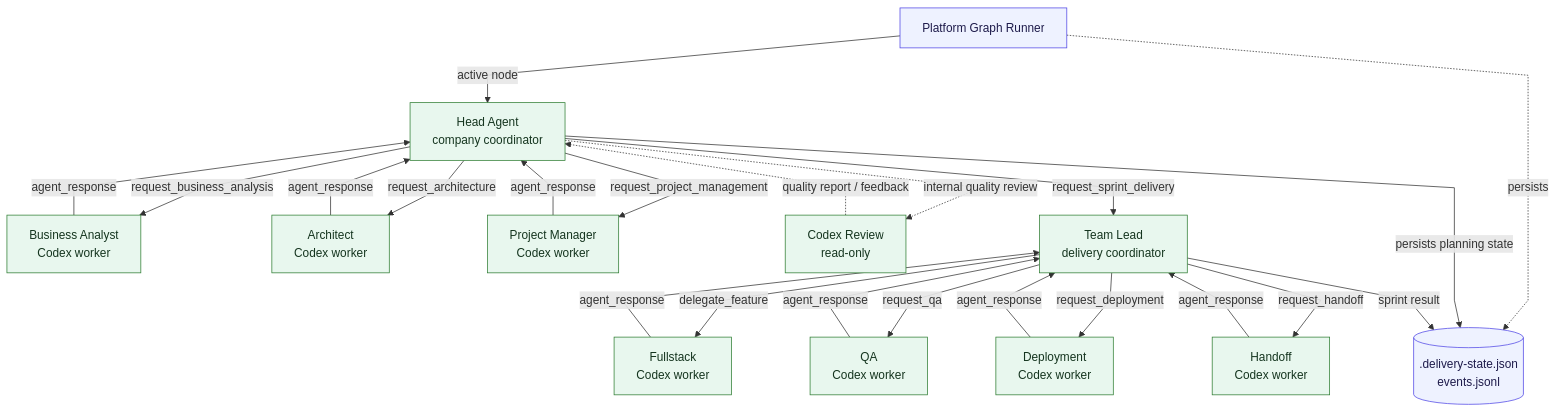
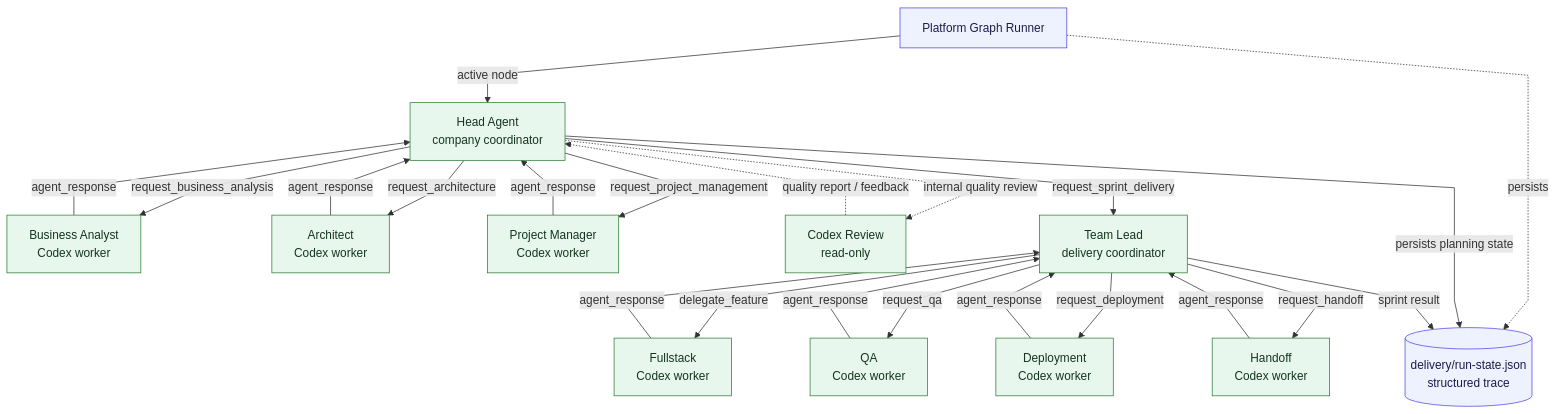
Before and after one commit to AntonLiutov/agentic-company: the diagram in src/agentic_company/orchestration/graphs/company-agent-map.mmd, drawn with Mermaid. The commit also changed 61 other files, not shown here.

```diff
--- a/src/agentic_company/orchestration/graphs/company-agent-map.mmd
+++ b/src/agentic_company/orchestration/graphs/company-agent-map.mmd
@@ -1,48 +1,48 @@
 ---
 config:
   flowchart:
     curve: linear
 ---
 graph TD;
     platform["Platform Graph Runner"]
-    state[(".delivery-state.json<br/>events.jsonl")]
+    state[("delivery/run-state.json<br/>structured trace")]
     head["Head Agent<br/>company coordinator"]
     ba["Business Analyst<br/>Codex worker"]
     architect["Architect<br/>Codex worker"]
     pm["Project Manager<br/>Codex worker"]
     review["Codex Review<br/>read-only"]
 
     tl["Team Lead<br/>delivery coordinator"]
     fs["Fullstack<br/>Codex worker"]
     qa["QA<br/>Codex worker"]
     deploy["Deployment<br/>Codex worker"]
     handoff["Handoff<br/>Codex worker"]
 
     platform -->|"active node"| head
     platform -.->|"persists"| state
     head -->|"request_business_analysis"| ba
     ba -->|"agent_response"| head
     head -->|"request_architecture"| architect
     architect -->|"agent_response"| head
     head -->|"request_project_management"| pm
     pm -->|"agent_response"| head
     head -.->|"internal quality review"| review
     review -.->|"quality report / feedback"| head
     head -->|"request_sprint_delivery"| tl
     head -->|"persists planning state"| state
     tl -->|"delegate_feature"| fs
     fs -->|"agent_response"| tl
     tl -->|"request_qa"| qa
     qa -->|"agent_response"| tl
     tl -->|"request_deployment"| deploy
     deploy -->|"agent_response"| tl
     tl -->|"request_handoff"| handoff
     handoff -->|"agent_response"| tl
     tl -->|"sprint result"| state
 
     classDef active fill:#e8f7ee,stroke:#2e7d32,color:#15351f
     classDef paused fill:#fff6df,stroke:#b7791f,color:#3d2b00,stroke-dasharray:5 3
     classDef platform fill:#eef2ff,stroke:#4f46e5,color:#1e1b4b
     classDef artifact fill:#f7f7f8,stroke:#6b7280,color:#111827
     class platform,state platform
     class head,ba,architect,pm,review,tl,fs,qa,deploy,handoff active
```
